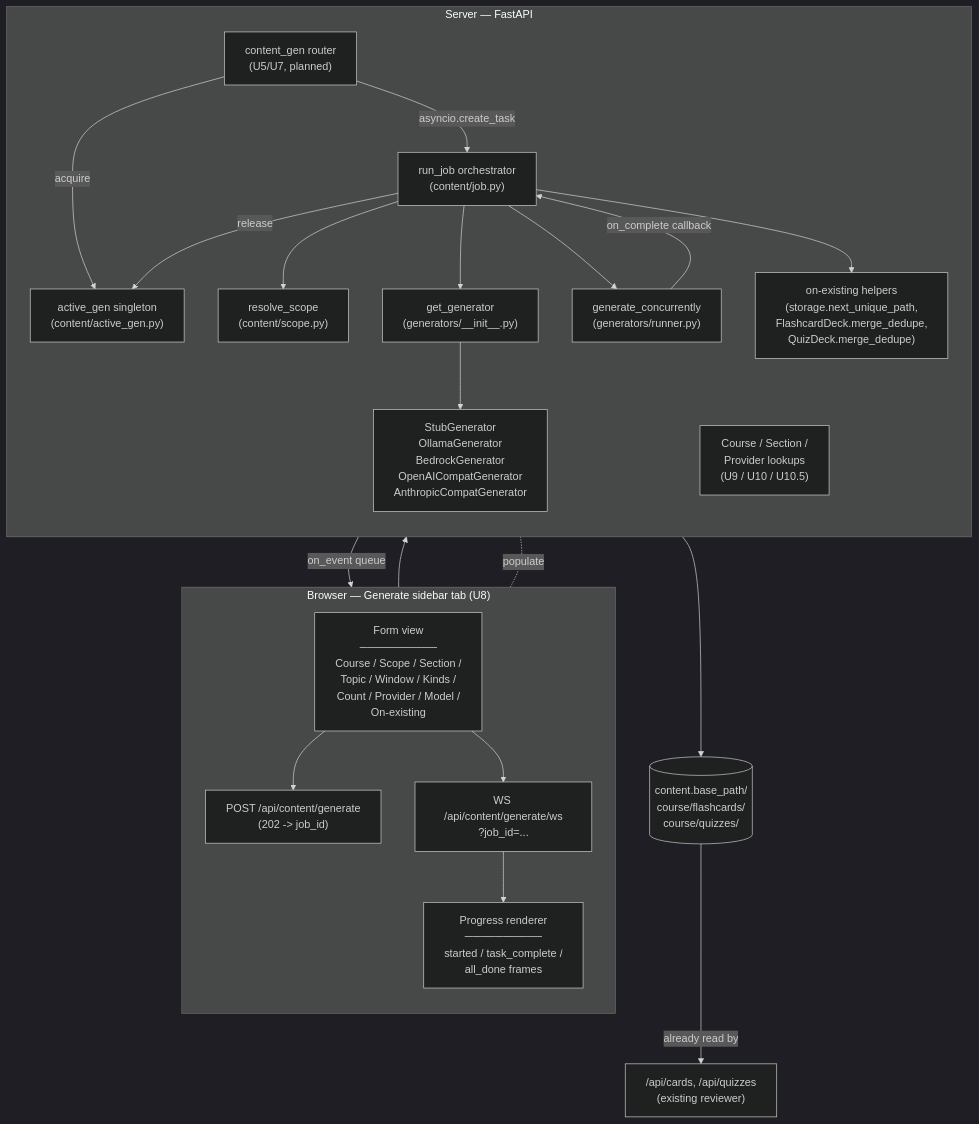
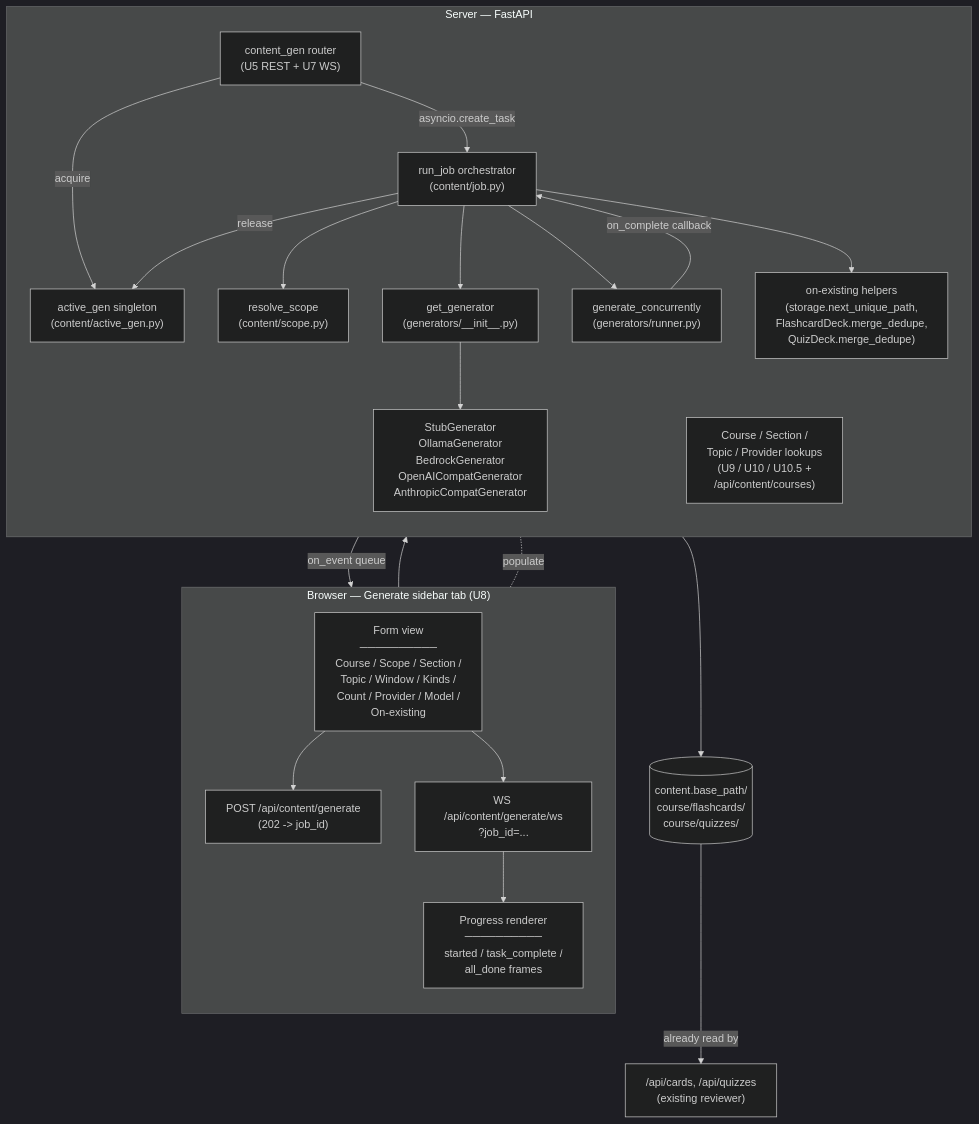
One commit to NetDevAutomate/StudyLoop changed the fifth of 6 diagrams in docs/architecture/current.md. Above: the diagram before and after it, drawn with Mermaid (dark theme). The commit also changed other lines of this file and 1 other file, not shown here.

First paragraph of the commit message:
docs: content generation panel — flip status from 'planned' to 'shipped' (U11)
The Generate panel landed in full this morning across 8e7217b (HTTP
surface + 23 tests) and e8d3b71 (WebUI + 4 e2e tests). Reflect that
across the user docs and the C4 component diagram.

````diff
--- a/docs/architecture/current.md
+++ b/docs/architecture/current.md
@@ -239,46 +239,46 @@
 ```mermaid
 flowchart TB
     subgraph Browser["Browser — Generate sidebar tab (U8)"]
       direction TB
       Form["Form view<br/>──────────<br/>Course / Scope / Section /<br/>Topic / Window / Kinds /<br/>Count / Provider / Model /<br/>On-existing"]
       RestCall["POST /api/content/generate<br/>(202 -> job_id)"]
       WsOpen["WS /api/content/generate/ws<br/>?job_id=..."]
       ProgressUI["Progress renderer<br/>──────────<br/>started / task_complete /<br/>all_done frames"]
     end
 
     subgraph Backend["Server — FastAPI"]
       direction TB
-      Routes["content_gen router<br/>(U5/U7, planned)"]
-      Discover["Course / Section /<br/>Provider lookups<br/>(U9 / U10 / U10.5)"]
+      Routes["content_gen router<br/>(U5 REST + U7 WS)"]
+      Discover["Course / Section /<br/>Topic / Provider lookups<br/>(U9 / U10 / U10.5 +<br/>/api/content/courses)"]
       Single["active_gen singleton<br/>(content/active_gen.py)"]
       Job["run_job orchestrator<br/>(content/job.py)"]
       Scope["resolve_scope<br/>(content/scope.py)"]
       Runner["generate_concurrently<br/>(generators/runner.py)"]
       Factory["get_generator<br/>(generators/__init__.py)"]
       Adapters["StubGenerator<br/>OllamaGenerator<br/>BedrockGenerator<br/>OpenAICompatGenerator<br/>AnthropicCompatGenerator"]
       Helpers["on-existing helpers<br/>(storage.next_unique_path,<br/>FlashcardDeck.merge_dedupe,<br/>QuizDeck.merge_dedupe)"]
     end
 
     Disk[("content.base_path/<br/>course/flashcards/<br/>course/quizzes/")]
     Reviewer["/api/cards, /api/quizzes<br/>(existing reviewer)"]
 
     Form --> RestCall --> Routes
     Form --> WsOpen
     Routes -->|acquire| Single
     Routes -->|"asyncio.create_task"| Job
     Routes -->|on_event queue| WsOpen
     WsOpen --> ProgressUI
 
     Form -.populate.- Discover
 
     Job --> Scope
     Job --> Factory
     Factory --> Adapters
     Job --> Runner
     Runner -->|"on_complete callback"| Job
     Job --> Helpers
     Helpers --> Disk
     Job -->|release| Single
 
     Disk -->|already read by| Reviewer
 ```
````
